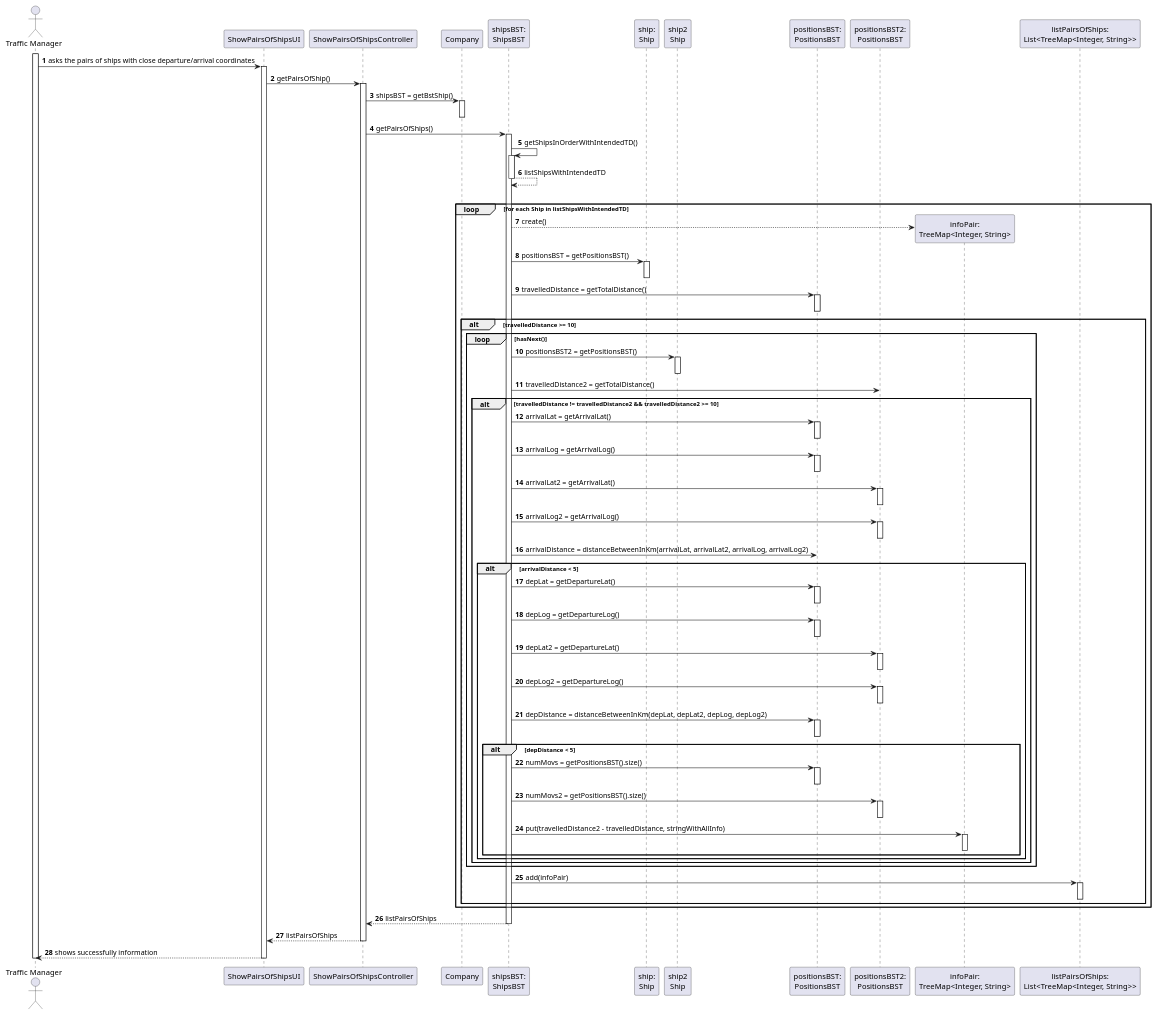
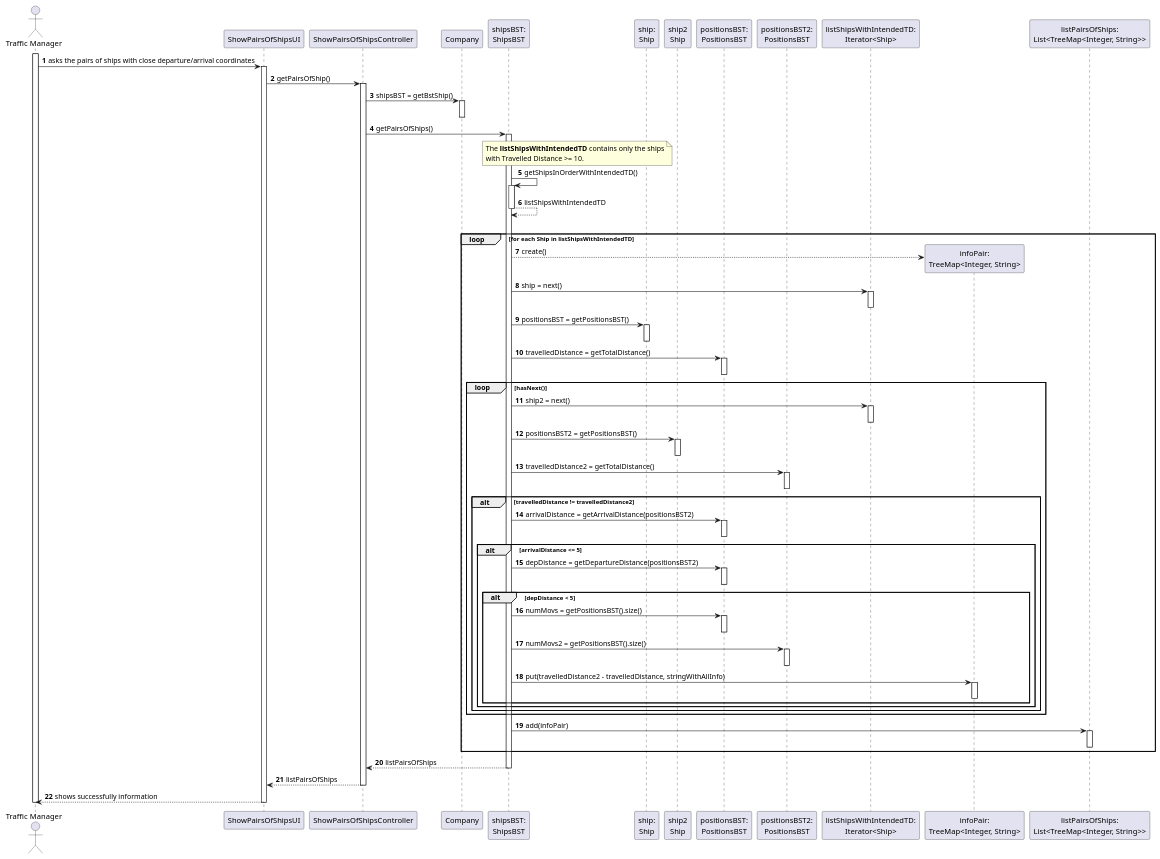
One commit to ana-albergaria/LAPR3-ISEP changed the diagram in docs/US107/US107_SD.puml. Above: the diagram before and after it, drawn with PlantUML. The commit also changed 3 other files, not shown here.

```diff
--- a/docs/US107/US107_SD.puml
+++ b/docs/US107/US107_SD.puml
@@ -1,119 +1,146 @@
 @startuml
 
 
 autonumber
 actor "Traffic Manager" as TM
 
 participant "ShowPairsOfShipsUI" as UI
 participant "ShowPairsOfShipsController" as CTRL
 participant "Company" as COMP
 participant "shipsBST:\nShipsBST" as BstShip
 participant "ship:\nShip" as S
 participant "ship2\nShip" as S2
 /'participant "ShipPosition" as SP'/
 participant "positionsBST:\nPositionsBST" as BstPosition
 participant "positionsBST2:\nPositionsBST" as BstPosition2
+participant "listShipsWithIntendedTD:\nIterator<Ship>" as ITERATOR
 participant "infoPair:\nTreeMap<Integer, String>" as TREEMAP
 participant "listPairsOfShips:\nList<TreeMap<Integer, String>>" as LIST
 
 
 activate TM
 TM -> "UI" : asks the pairs of ships with close departure/arrival coordinates
 activate "UI"
 UI -> CTRL : getPairsOfShip()
 activate CTRL
 CTRL -> COMP : shipsBST = getBstShip()
 activate COMP
 deactivate COMP
 CTRL -> BstShip : getPairsOfShips()
 /'decide what kind of list'/
 activate BstShip
 /'BstShip -> BstShip : listOfShips = inOrder() '/
+note over BstShip, S
+The **listShipsWithIntendedTD** contains only the ships
+with Travelled Distance >= 10.
+end note
 BstShip -> BstShip : getShipsInOrderWithIntendedTD()
 activate BstShip
 BstShip --> BstShip : listShipsWithIntendedTD
 deactivate BstShip
 |||
 loop for each Ship in listShipsWithIntendedTD
 BstShip --> TREEMAP** : create()
+BstShip -> ITERATOR : ship = next()
+activate ITERATOR
+deactivate ITERATOR
+/'BstShip -> S : travelledDistance = getTravelledDistance()
+activate S
+deactivate S
+'/
 BstShip -> S : positionsBST = getPositionsBST()
 activate S
 deactivate S
 BstShip -> BstPosition : travelledDistance = getTotalDistance()
 activate BstPosition
 deactivate BstPosition
 /'alteração alt em baixo: travelledDistance2 >= 10 em vez de > 10'/
-alt travelledDistance >= 10
+/'alt travelledDistance >= 10'/
 loop hasNext()
+BstShip -> ITERATOR : ship2 = next()
+activate ITERATOR
+deactivate ITERATOR
 BstShip -> S2 : positionsBST2 = getPositionsBST()
 activate S2
 deactivate S2
 BstShip -> BstPosition2 : travelledDistance2 = getTotalDistance()
+activate BstPosition2
+deactivate BstPosition2
+/'BstShip -> S2 : travelledDistance2 = getTravelledDistance()
+activate S2
+deactivate S2'/
 /'alteração alt em baixo: && travelledDistance2 >= 10'/
-alt travelledDistance != travelledDistance2 && travelledDistance2 >= 10
-BstShip -> BstPosition : arrivalLat = getArrivalLat()
+/'alt travelledDistance != travelledDistance2 && travelledDistance2 >= 10'/
+alt travelledDistance != travelledDistance2
+/'BstShip -> BstPosition : arrivalLat = getArrivalLatitude()
 activate BstPosition
 deactivate BstPosition
-BstShip -> BstPosition : arrivalLog = getArrivalLog()
+BstShip -> BstPosition : arrivalLog = getArrivalLongitude()
 activate BstPosition
 deactivate BstPosition
-BstShip -> BstPosition2 : arrivalLat2 = getArrivalLat()
+BstShip -> BstPosition2 : arrivalLat2 = getArrivalLatitude()
 activate BstPosition2
 deactivate BstPosition2
-BstShip -> BstPosition2 : arrivalLog2 = getArrivalLog()
+BstShip -> BstPosition2 : arrivalLog2 = getArrivalLongitude()
 activate BstPosition2
 deactivate BstPosition2
-BstShip -> BstPosition : arrivalDistance = distanceBetweenInKm(arrivalLat, arrivalLat2, arrivalLog, arrivalLog2)
-alt arrivalDistance < 5
-BstShip -> BstPosition : depLat = getDepartureLat()
+BstShip -> BstPosition : arrivalDistance = distanceBetweenInKm(arrivalLat, arrivalLat2, arrivalLog, arrivalLog2)'/
+BstShip -> BstPosition : arrivalDistance = getArrivalDistance(positionsBST2)
 activate BstPosition
 deactivate BstPosition
-BstShip -> BstPosition : depLog = getDepartureLog()
+alt arrivalDistance <= 5
+/'BstShip -> BstPosition : depLat = getDeparLatitude()
 activate BstPosition
 deactivate BstPosition
-BstShip -> BstPosition2 : depLat2 = getDepartureLat()
+BstShip -> BstPosition : depLog = getDepartLongitude()
+activate BstPosition
+deactivate BstPosition
+BstShip -> BstPosition2 : depLat2 = getDepartLatitude()
 activate BstPosition2
 deactivate BstPosition2
-BstShip -> BstPosition2 : depLog2 = getDepartureLog()
+BstShip -> BstPosition2 : depLog2 = getDepartLongitude()
 activate BstPosition2
 deactivate BstPosition2
 BstShip -> BstPosition : depDistance = distanceBetweenInKm(depLat, depLat2, depLog, depLog2)
+activate BstPosition
+deactivate BstPosition'/
+BstShip -> BstPosition : depDistance = getDepartureDistance(positionsBST2)
 activate BstPosition
 deactivate BstPosition
 alt depDistance < 5
 
 BstShip -> BstPosition : numMovs = getPositionsBST().size()
 activate BstPosition
 deactivate BstPosition
 BstShip -> BstPosition2 : numMovs2 = getPositionsBST().size()
 activate BstPosition2
 deactivate BstPosition2
 
 BstShip -> TREEMAP : put(travelledDistance2 - travelledDistance, stringWithAllInfo)
 activate TREEMAP
 deactivate TREEMAP
 end
 end
 end
 end
 BstShip -> LIST : add(infoPair)
 activate LIST
 deactivate LIST
-end
+/'end'/
 end
 
 BstShip --> CTRL : listPairsOfShips
 deactivate BstShip
 CTRL --> UI : listPairsOfShips
 deactivate CTRL
 "UI" --> TM : shows successfully information
 
 deactivate "UI"
 
 
 
 
 
 deactivate TM
 
 @enduml
```
